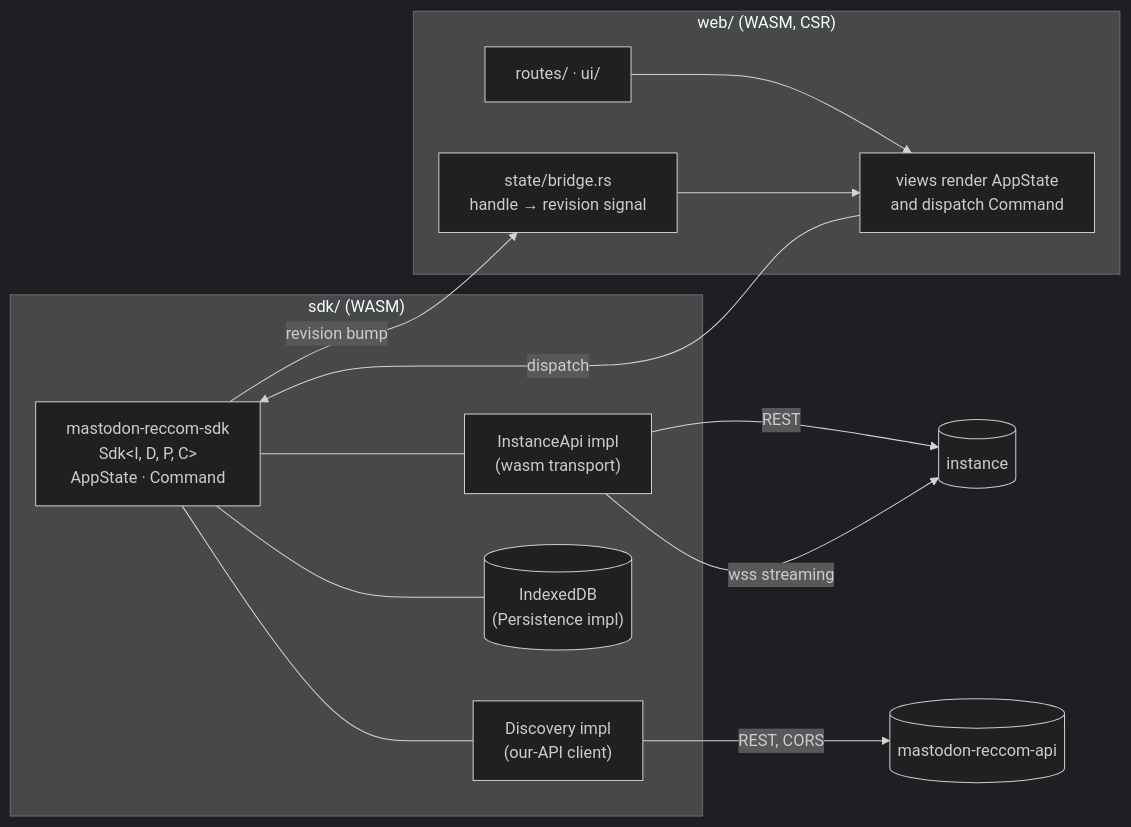
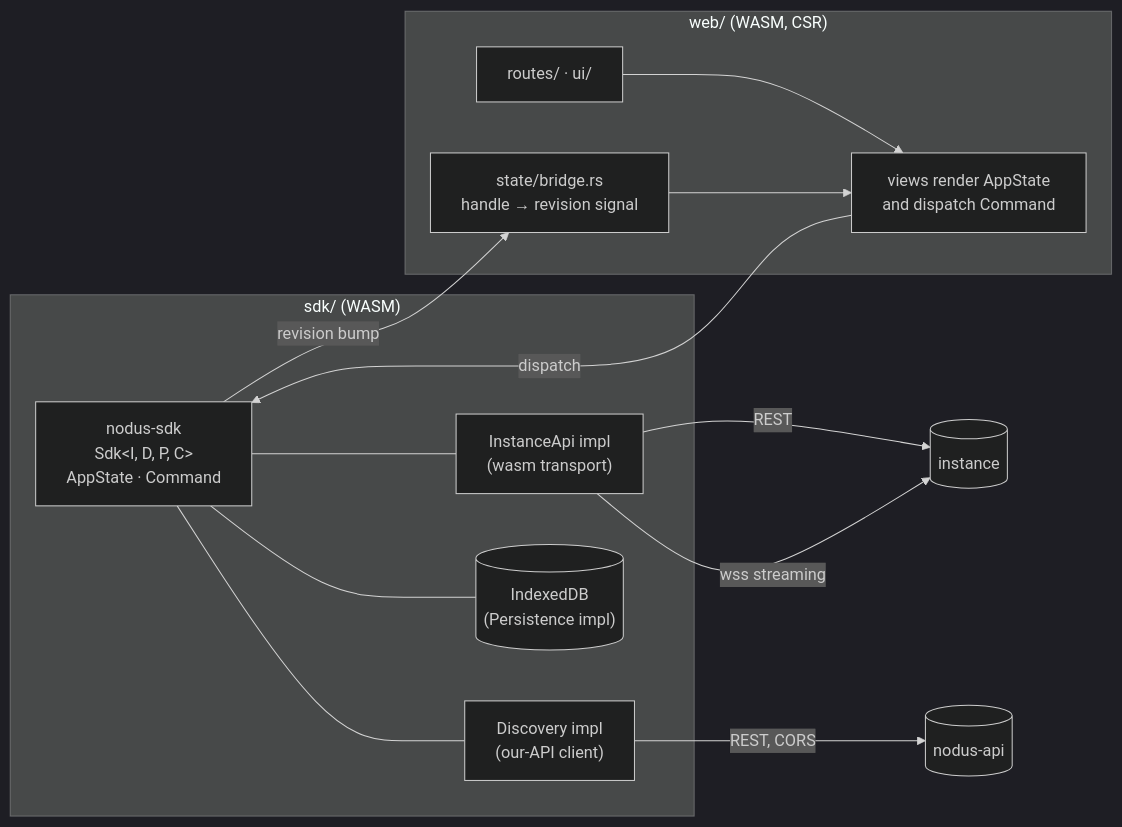
Before and after one commit to Luxuride/nodus-web: the diagram in docs/02-architecture.md, drawn with Mermaid (dark theme). The commit also changed other lines of this file and 10 other files, not shown here.

````diff
--- a/docs/02-architecture.md
+++ b/docs/02-architecture.md
@@ -9,24 +9,24 @@
 ```mermaid
 flowchart LR
     subgraph sdk["sdk/ (WASM)"]
-        STATEMACHINE["mastodon-reccom-sdk<br/>Sdk&lt;I, D, P, C&gt;<br/>AppState · Command"]
+        STATEMACHINE["nodus-sdk<br/>Sdk&lt;I, D, P, C&gt;<br/>AppState · Command"]
         MASTO["InstanceApi impl<br/>(wasm transport)"]
         APIC["Discovery impl<br/>(our-API client)"]
         IDB[("IndexedDB<br/>(Persistence impl)")]
     end
     subgraph app["web/ (WASM, CSR)"]
         ROUTES["routes/ · ui/"]
         VIEWS["views render AppState<br/>and dispatch Command"]
         BRIDGE["state/bridge.rs<br/>handle → revision signal"]
     end
     MASTO -->|REST| INST[(instance)]
     MASTO -->|wss streaming| INST
-    APIC -->|"REST, CORS"| API[(mastodon-reccom-api)]
+    APIC -->|"REST, CORS"| API[(nodus-api)]
     STATEMACHINE --- MASTO
     STATEMACHINE --- APIC
     STATEMACHINE --- IDB
     ROUTES --> VIEWS
     VIEWS -->|dispatch| STATEMACHINE
     STATEMACHINE -->|"revision bump"| BRIDGE
     BRIDGE --> VIEWS
 ```
````
